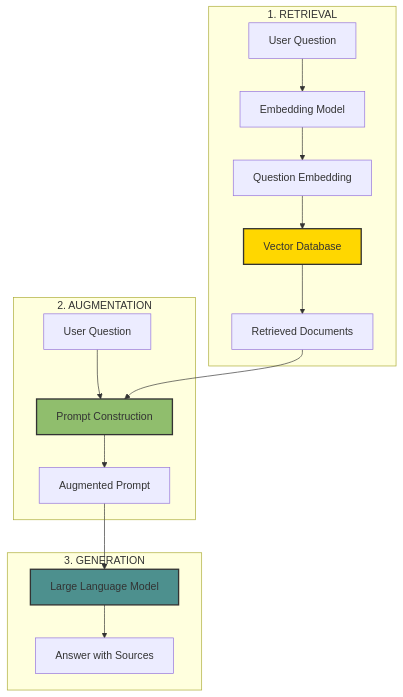
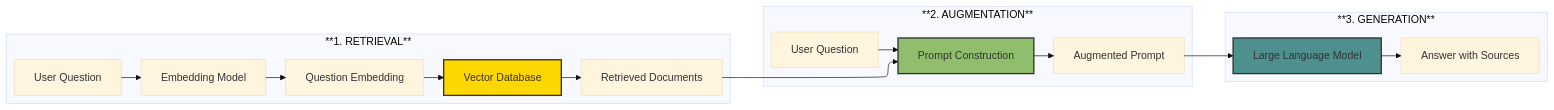
One commit to Vineet-Sharma-Medium-Stories/Medium-Build-Tool changed the diagram in The 2026 AI Metromap/The 2026 AI Metromap: RAG – Retrieval-Augmented Generation for Knowledge-Intensive Tasks.md. Above: the diagram before and after it, drawn with Mermaid. The commit also changed 37 other files, not shown here.

````diff
--- a/The 2026 AI Metromap/The 2026 AI Metromap: RAG – Retrieval-Augmented Generation for Knowledge-Intensive Tasks.md
+++ b/The 2026 AI Metromap/The 2026 AI Metromap: RAG – Retrieval-Augmented Generation for Knowledge-Intensive Tasks.md
@@ -85,24 +85,38 @@
 ```mermaid
-graph TD
-    subgraph "1. RETRIEVAL"
-        Q[User Question] --> E1[Embedding Model]
-        E1 --> QE[Question Embedding]
-        QE --> VS[Vector Database]
-        VS --> R[Relevant Documents]
-    end
-    
-    subgraph "2. AUGMENTATION"
-        Q2[User Question] --> P[Prompt Construction]
-        R[Retrieved Documents] --> P
-        P --> A[Augmented Prompt]
-    end
-    
-    subgraph "3. GENERATION"
-        A --> LLM[Large Language Model]
-        LLM --> O[Answer with Sources]
-    end
-    
+---
+config:
+  theme: base
+  layout: elk
+---
+flowchart LR
+ subgraph subGraph0["**1. RETRIEVAL**"]
+        E1["Embedding Model"]
+        Q["User Question"]
+        QE["Question Embedding"]
+        VS["Vector Database"]
+        R["Retrieved Documents"]
+  end
+ subgraph subGraph1["**2. AUGMENTATION**"]
+        P["Prompt Construction"]
+        Q2["User Question"]
+        A["Augmented Prompt"]
+  end
+ subgraph subGraph2["**3. GENERATION**"]
+        LLM["Large Language Model"]
+        O["Answer with Sources"]
+  end
+    Q --> E1
+    E1 --> QE
+    QE --> VS
+    VS --> R
+    Q2 --> P
+    R --> P
+    P --> A
+    A --> LLM
+    LLM --> O
+
     style VS fill:#ffd700,stroke:#333,stroke-width:2px
     style P fill:#90be6d,stroke:#333,stroke-width:2px
     style LLM fill:#4d908e,stroke:#333,stroke-width:2px
+
 ```
````
